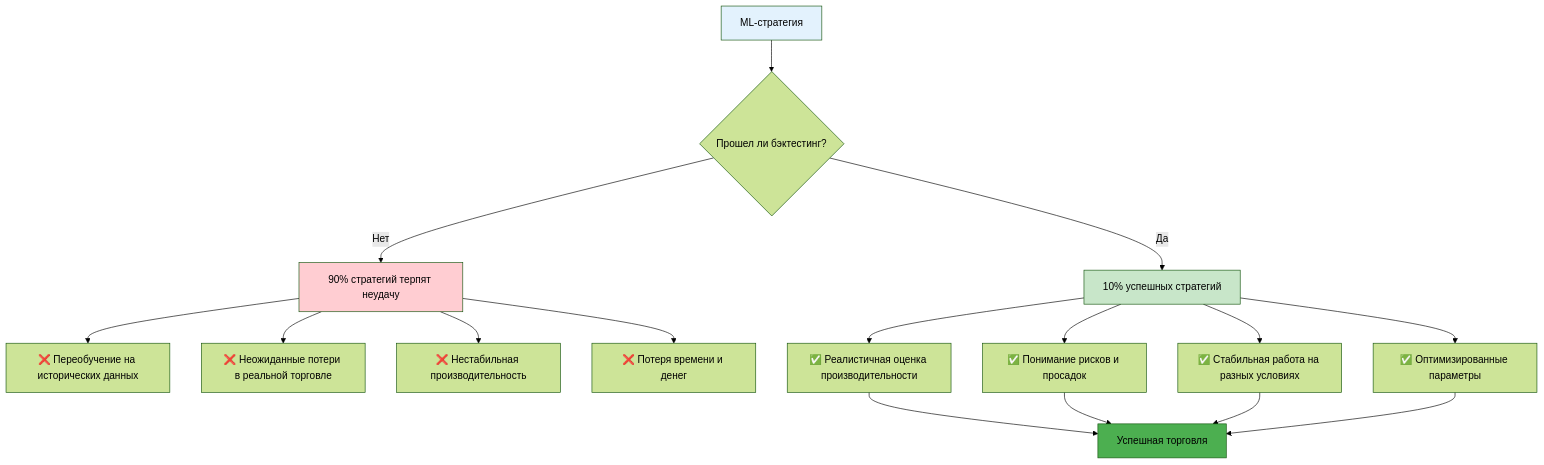
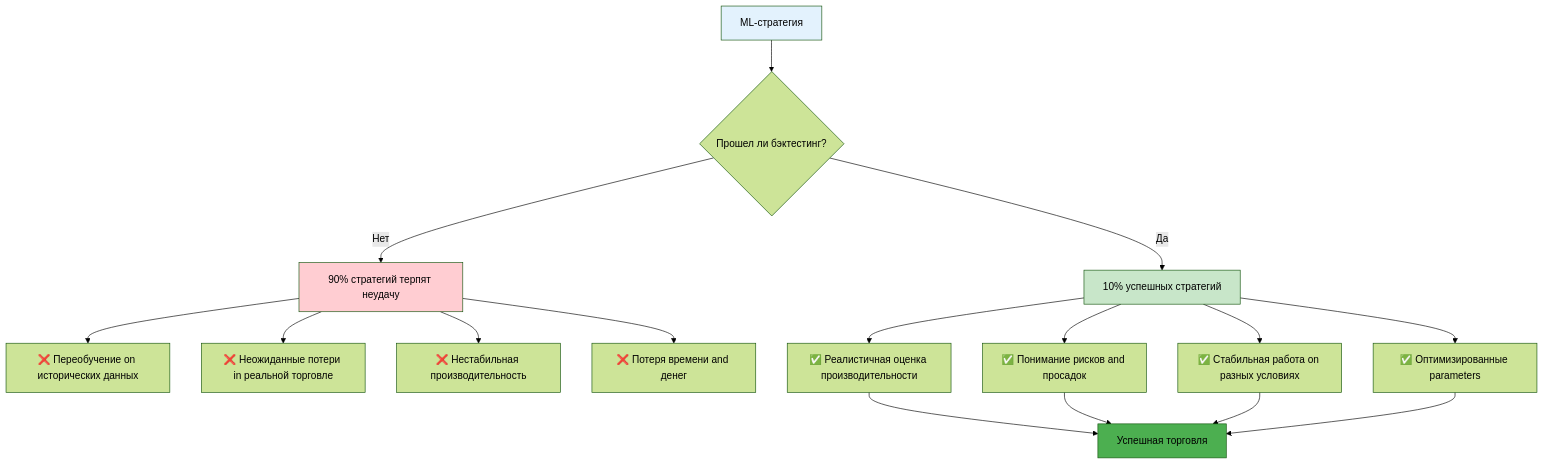
Before and after one commit to NeoZorK/neozork-hld-prediction: the first of 9 diagrams in docs/automl/gluon/29_backtesting_methods.md, drawn with Mermaid (forest theme). The commit also changed other lines of this file and 19 other files, not shown here.

````diff
--- a/docs/automl/gluon/29_backtesting_methods.md
+++ b/docs/automl/gluon/29_backtesting_methods.md
@@ -10,26 +10,26 @@
 ```mermaid
 graph TD
-    A[ML-стратегия] --> B{Прошел ли бэктестинг?}
-    
-    B -->|Нет| C[90% стратегий терпят неудачу]
-    C --> D[❌ Переобучение на исторических данных]
-    C --> E[❌ Неожиданные потери в реальной торговле]
-    C --> F[❌ Нестабильная производительность]
-    C --> G[❌ Потеря времени и денег]
-    
-    B -->|Да| H[10% успешных стратегий]
-    H --> I[✅ Реалистичная оценка производительности]
-    H --> J[✅ Понимание рисков и просадок]
-    H --> K[✅ Стабильная работа на разных условиях]
-    H --> L[✅ Оптимизированные параметры]
-    
-    I --> M[Успешная торговля]
-    J --> M
-    K --> M
-    L --> M
-    
-    style A fill:#e3f2fd
-    style C fill:#ffcdd2
-    style H fill:#c8e6c9
-    style M fill:#4caf50
+ A[ML-стратегия] --> B{Прошел ли бэктестинг?}
+
+ B -->|Нет| C[90% стратегий терпят неудачу]
+ C --> D[❌ Переобучение on исторических данных]
+ C --> E[❌ Неожиданные потери in реальной торговле]
+ C --> F[❌ Нестабильная производительность]
+ C --> G[❌ Потеря времени and денег]
+
+ B -->|Да| H[10% успешных стратегий]
+ H --> I[✅ Реалистичная оценка производительности]
+ H --> J[✅ Понимание рисков and просадок]
+ H --> K[✅ Стабильная работа on разных условиях]
+ H --> L[✅ Оптимизированные parameters]
+
+ I --> M[Успешная торговля]
+ J --> M
+ K --> M
+ L --> M
+
+ style A fill:#e3f2fd
+ style C fill:#ffcdd2
+ style H fill:#c8e6c9
+ style M fill:#4caf50
 ```
````
